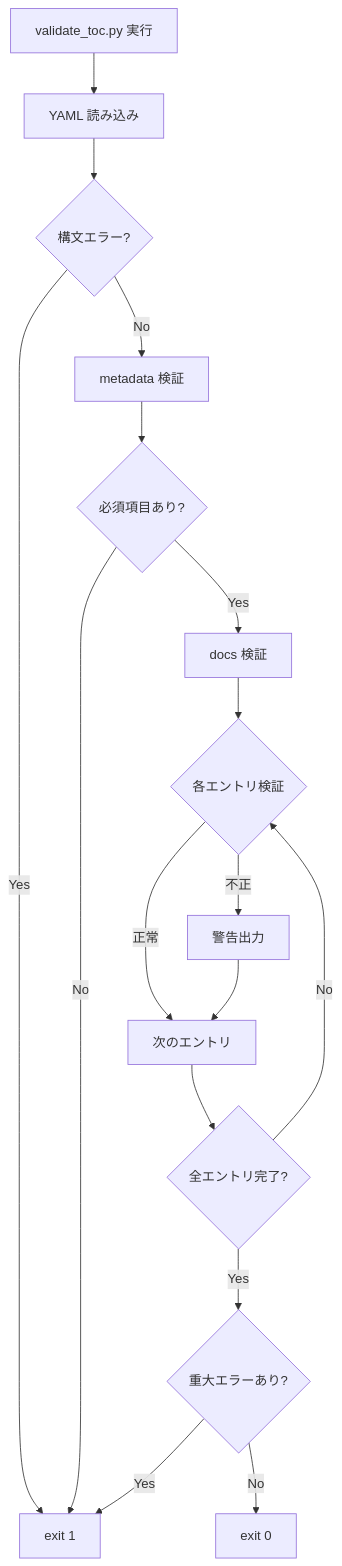
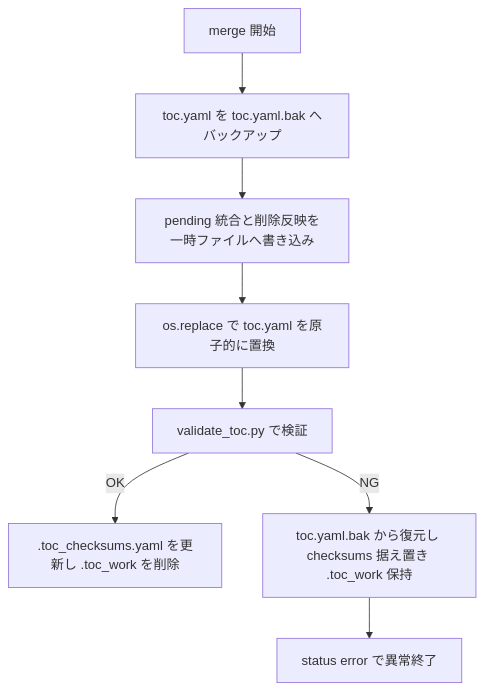
One commit to BlueEventHorizon/DocAdvisor-CC changed the fifth of 7 diagrams in docs/specs/base/design/DES-005_toc_generation_flow.md. Above: the diagram before and after it, drawn with Mermaid. The commit also changed other lines of this file and 35 other files, not shown here.

````diff
--- a/docs/specs/base/design/DES-005_toc_generation_flow.md
+++ b/docs/specs/base/design/DES-005_toc_generation_flow.md
@@ -397,19 +270,10 @@
 ```mermaid
 flowchart TD
-    A[validate_toc.py 実行] --> B[YAML 読み込み]
-    B --> C{構文エラー?}
-    C -->|Yes| Z[exit 1]
-    C -->|No| D[metadata 検証]
-    D --> E{必須項目あり?}
-    E -->|No| Z
-    E -->|Yes| F[docs 検証]
-    F --> G{各エントリ検証}
-    G -->|不正| H[警告出力]
-    G -->|正常| I[次のエントリ]
-    H --> I
-    I --> J{全エントリ完了?}
-    J -->|No| G
-    J -->|Yes| K{重大エラーあり?}
-    K -->|Yes| Z
-    K -->|No| L[exit 0]
+    A[merge 開始] --> B[toc.yaml を toc.yaml.bak へバックアップ]
+    B --> C[pending 統合と削除反映を一時ファイルへ書き込み]
+    C --> D[os.replace で toc.yaml を原子的に置換]
+    D --> E[validate_toc.py で検証]
+    E -->|OK| F[.toc_checksums.yaml を更新し .toc_work を削除]
+    E -->|NG| G[toc.yaml.bak から復元し checksums 据え置き .toc_work 保持]
+    G --> H[status error で異常終了]
 ```
````
